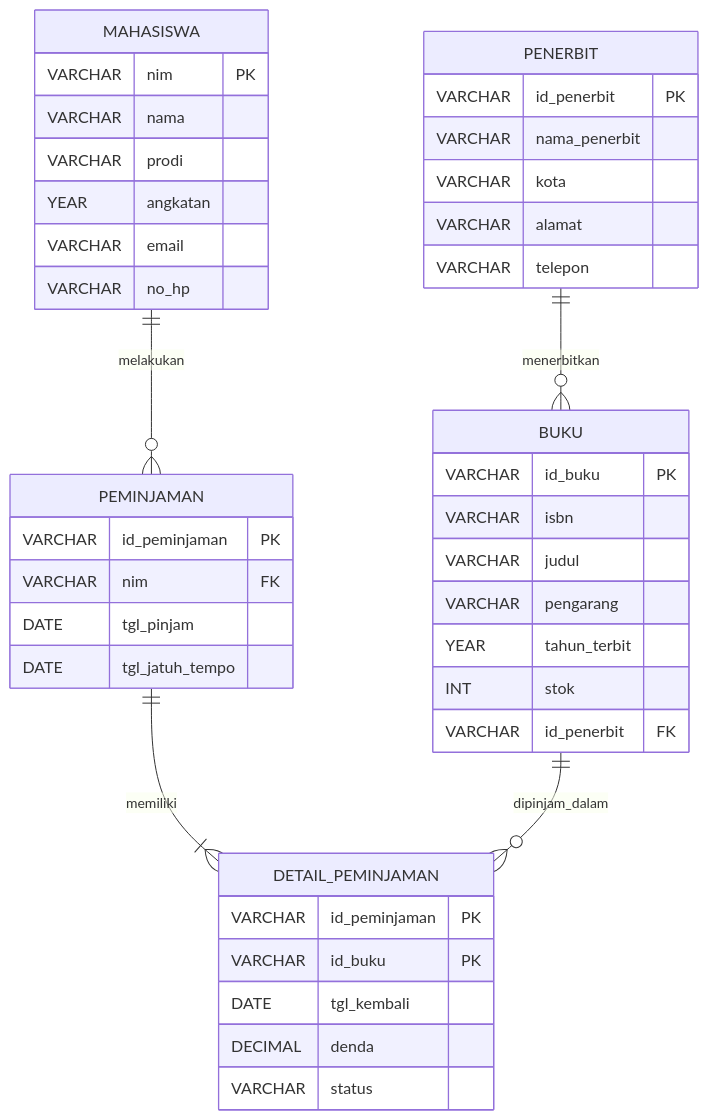
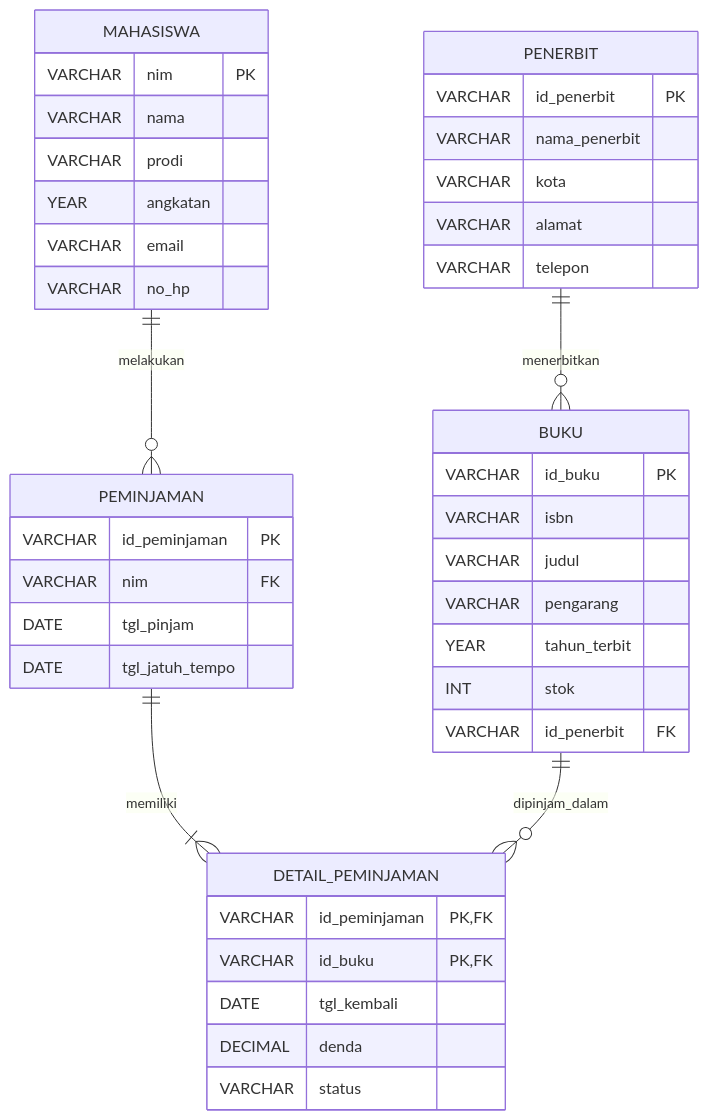
One commit to fauziahmstf/Pemrograman-Web-D121241035 changed the diagram in Tugas 6/06-tugas-pemodelan-database.md. Above: the diagram before and after it, drawn with Mermaid. The commit also changed other lines of this file, not shown here.

````diff
--- a/Tugas 6/06-tugas-pemodelan-database.md
+++ b/Tugas 6/06-tugas-pemodelan-database.md
@@ -208,45 +214,45 @@
 ```mermaid
 erDiagram
     PENERBIT ||--o{ BUKU : menerbitkan
     MAHASISWA ||--o{ PEMINJAMAN : melakukan
     PEMINJAMAN ||--|{ DETAIL_PEMINJAMAN : memiliki
     BUKU ||--o{ DETAIL_PEMINJAMAN : dipinjam_dalam
 
     MAHASISWA {
         VARCHAR nim PK
         VARCHAR nama
         VARCHAR prodi
         YEAR angkatan
         VARCHAR email
         VARCHAR no_hp
     }
     PENERBIT {
         VARCHAR id_penerbit PK
         VARCHAR nama_penerbit
         VARCHAR kota
         VARCHAR alamat
         VARCHAR telepon
     }
     BUKU {
         VARCHAR id_buku PK
         VARCHAR isbn
         VARCHAR judul
         VARCHAR pengarang
         YEAR tahun_terbit
         INT stok
         VARCHAR id_penerbit FK
     }
     PEMINJAMAN {
         VARCHAR id_peminjaman PK
         VARCHAR nim FK
         DATE tgl_pinjam
         DATE tgl_jatuh_tempo
     }
     DETAIL_PEMINJAMAN {
-        VARCHAR id_peminjaman PK
-        VARCHAR id_buku PK
+        VARCHAR id_peminjaman PK, FK
+        VARCHAR id_buku PK, FK
         DATE tgl_kembali
         DECIMAL denda
         VARCHAR status
     }
 ```
````
